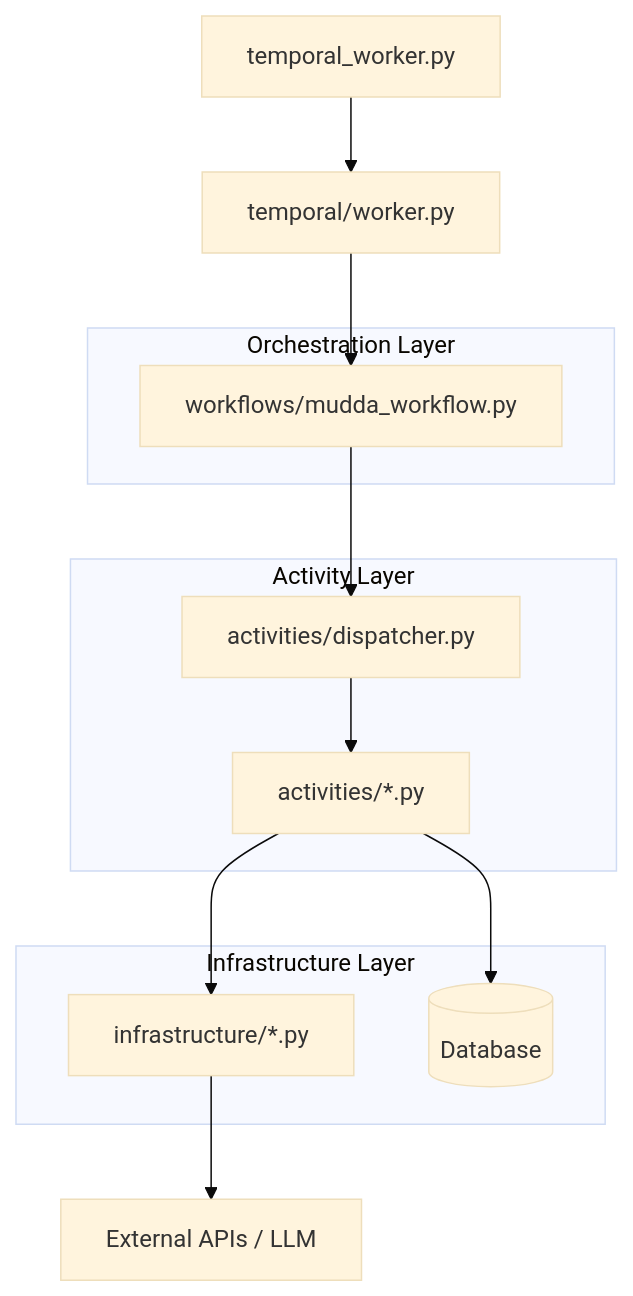
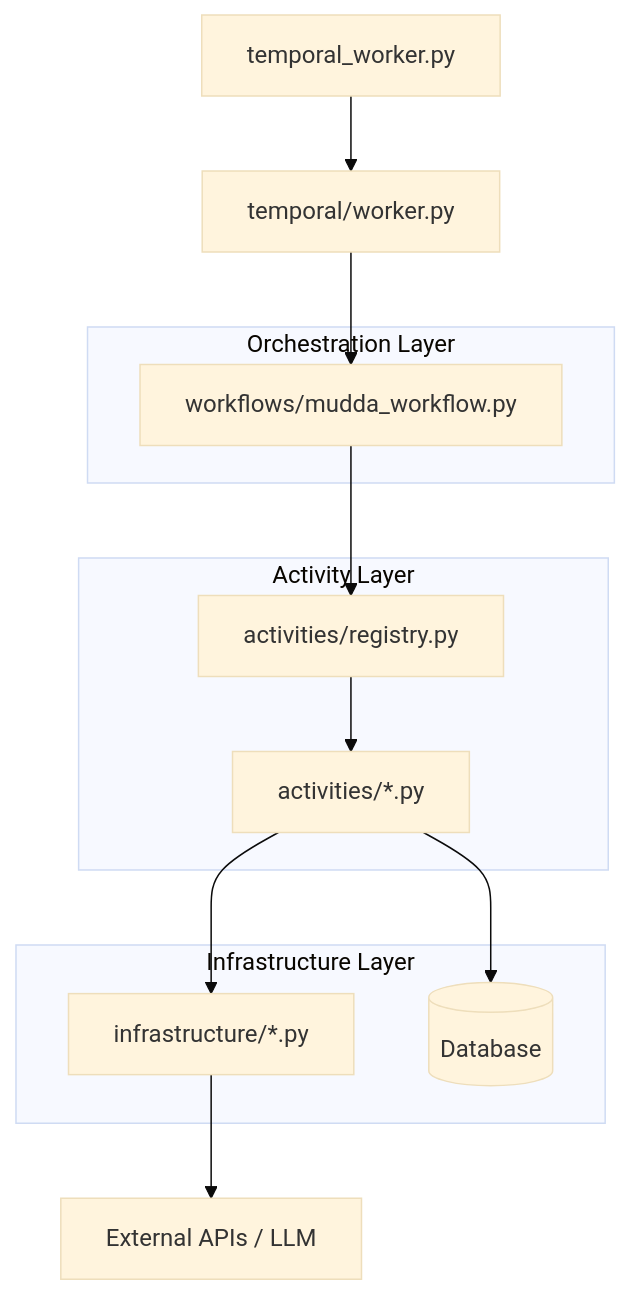
Before and after one commit to ShubhPundir/Mudda-AI-Workflow: the diagram in docs/temporal_architecture.md, drawn with Mermaid (base theme). The commit also changed other lines of this file and 15 other files, not shown here.

````diff
--- a/docs/temporal_architecture.md
+++ b/docs/temporal_architecture.md
@@ -9,21 +9,21 @@
 ```mermaid
 graph TD
     WorkerProcess[temporal_worker.py] --> WorkerManager[temporal/worker.py]
     WorkerManager --> Workflow[workflows/mudda_workflow.py]
-    
+
     subgraph "Orchestration Layer"
         Workflow
     end
 
     subgraph "Activity Layer"
-        Workflow --> Dispatcher[activities/dispatcher.py]
-        Dispatcher --> SpecificActivities[activities/*.py]
+        Workflow --> Registry[activities/registry.py]
+        Registry --> SpecificActivities[activities/*.py]
       end
 
     subgraph "Infrastructure Layer"
         SpecificActivities --> Adapters[infrastructure/*.py]
         SpecificActivities --> Database[(Database)]
     end
 
     Adapters --> ExternalAPI[External APIs / LLM]
 ```
````
